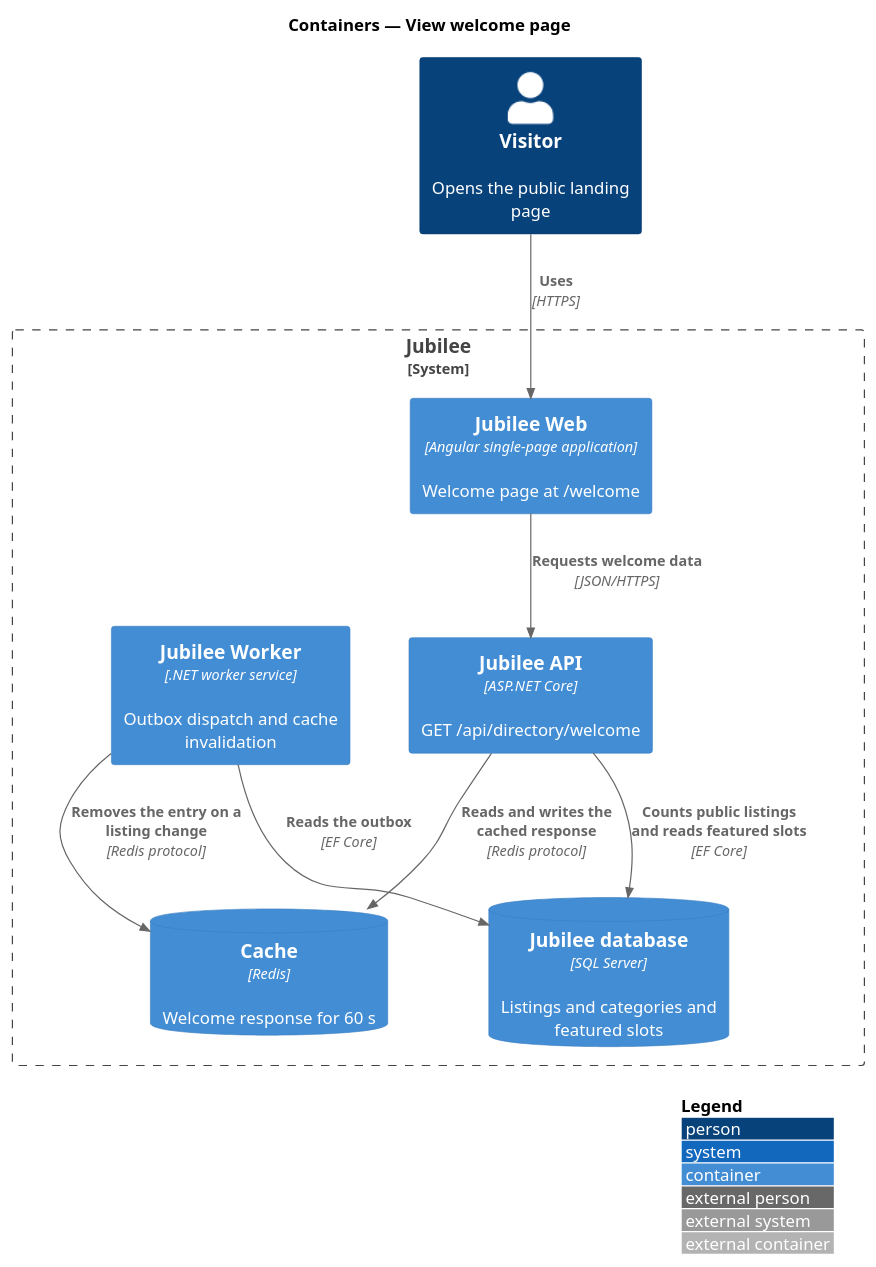
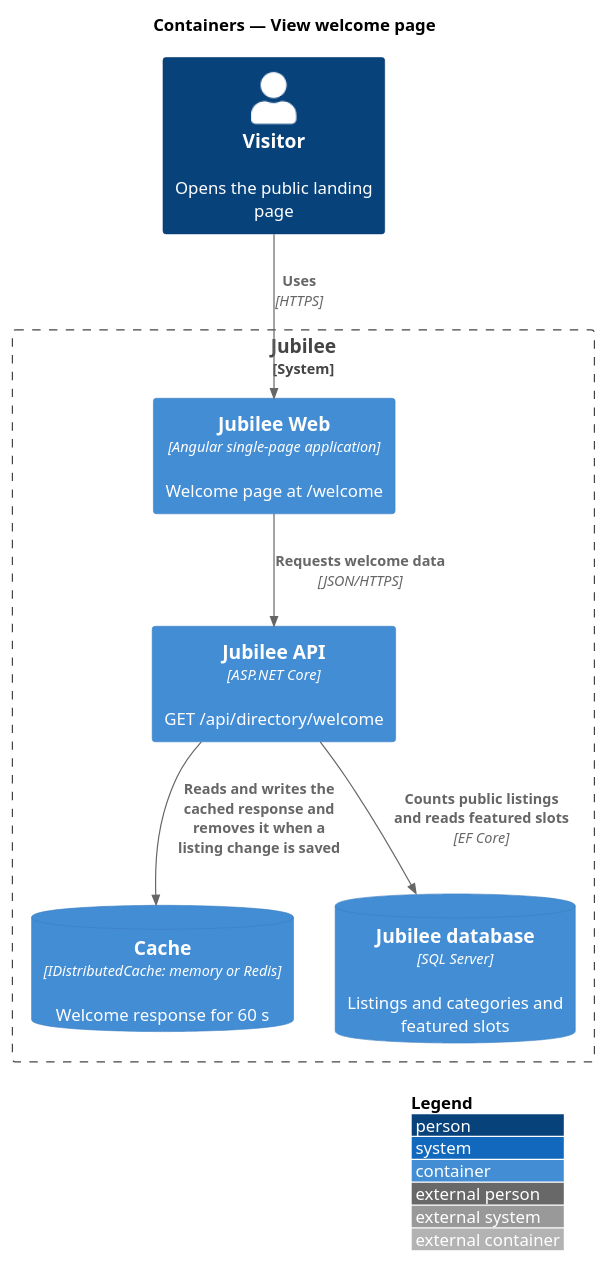
The diagram in docs/detailed-designs/directory/view-welcome-page/diagrams/c4-container.puml (QuinntyneBrown/jubilee), drawn with PlantUML before and after one commit. The commit also changed 25 other files, not shown here.

```diff
--- a/docs/detailed-designs/directory/view-welcome-page/diagrams/c4-container.puml
+++ b/docs/detailed-designs/directory/view-welcome-page/diagrams/c4-container.puml
@@ -1,21 +1,18 @@
 @startuml
 !include <C4/C4_Container>
 LAYOUT_WITH_LEGEND()
 title Containers — View welcome page
 
 
 Person(visitor, "Visitor", "Opens the public landing page")
 System_Boundary(jubilee, "Jubilee") {
   Container(web, "Jubilee Web", "Angular single-page application", "Welcome page at /welcome")
   Container(api, "Jubilee API", "ASP.NET Core", "GET /api/directory/welcome")
-  Container(worker, "Jubilee Worker", ".NET worker service", "Outbox dispatch and cache invalidation")
-  ContainerDb(cache, "Cache", "Redis", "Welcome response for 60 s")
+  ContainerDb(cache, "Cache", "IDistributedCache: memory or Redis", "Welcome response for 60 s")
   ContainerDb(db, "Jubilee database", "SQL Server", "Listings and categories and featured slots")
 }
 Rel(visitor, web, "Uses", "HTTPS")
 Rel(web, api, "Requests welcome data", "JSON/HTTPS")
-Rel(api, cache, "Reads and writes the cached response", "Redis protocol")
+Rel(api, cache, "Reads and writes the cached response and removes it when a listing change is saved")
 Rel(api, db, "Counts public listings and reads featured slots", "EF Core")
-Rel(worker, db, "Reads the outbox", "EF Core")
-Rel(worker, cache, "Removes the entry on a listing change", "Redis protocol")
 @enduml
```
